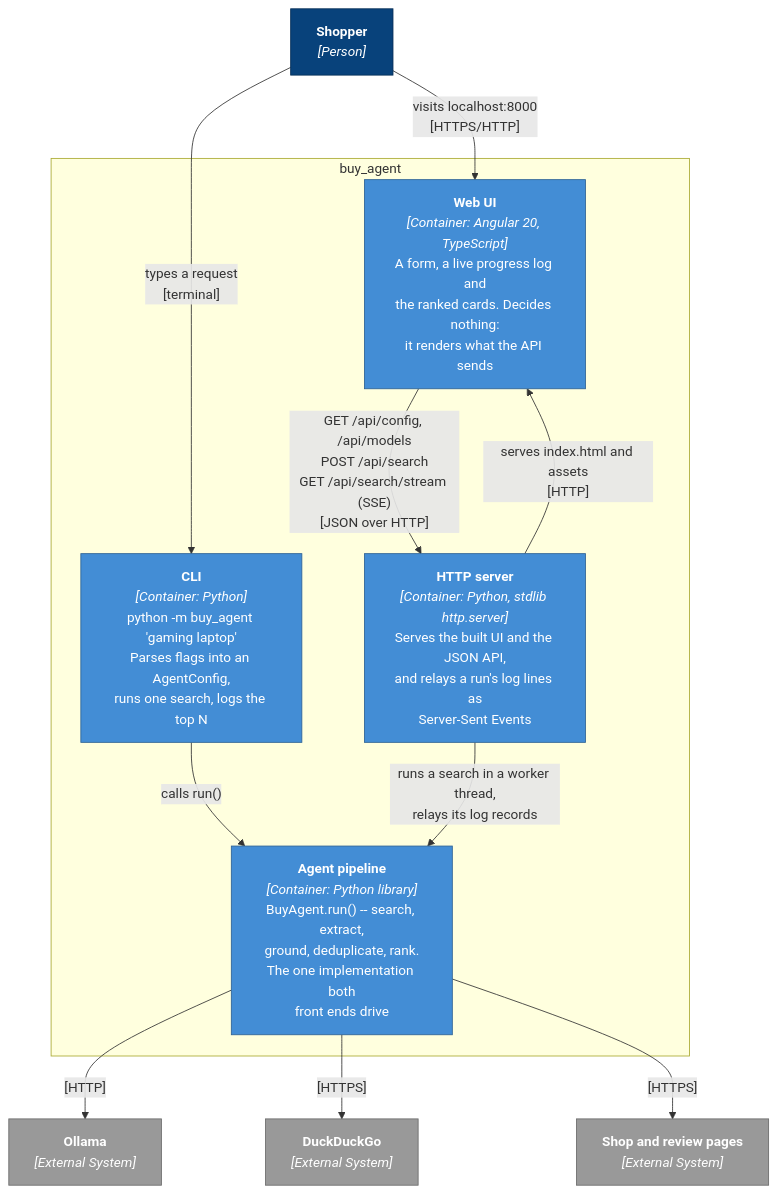
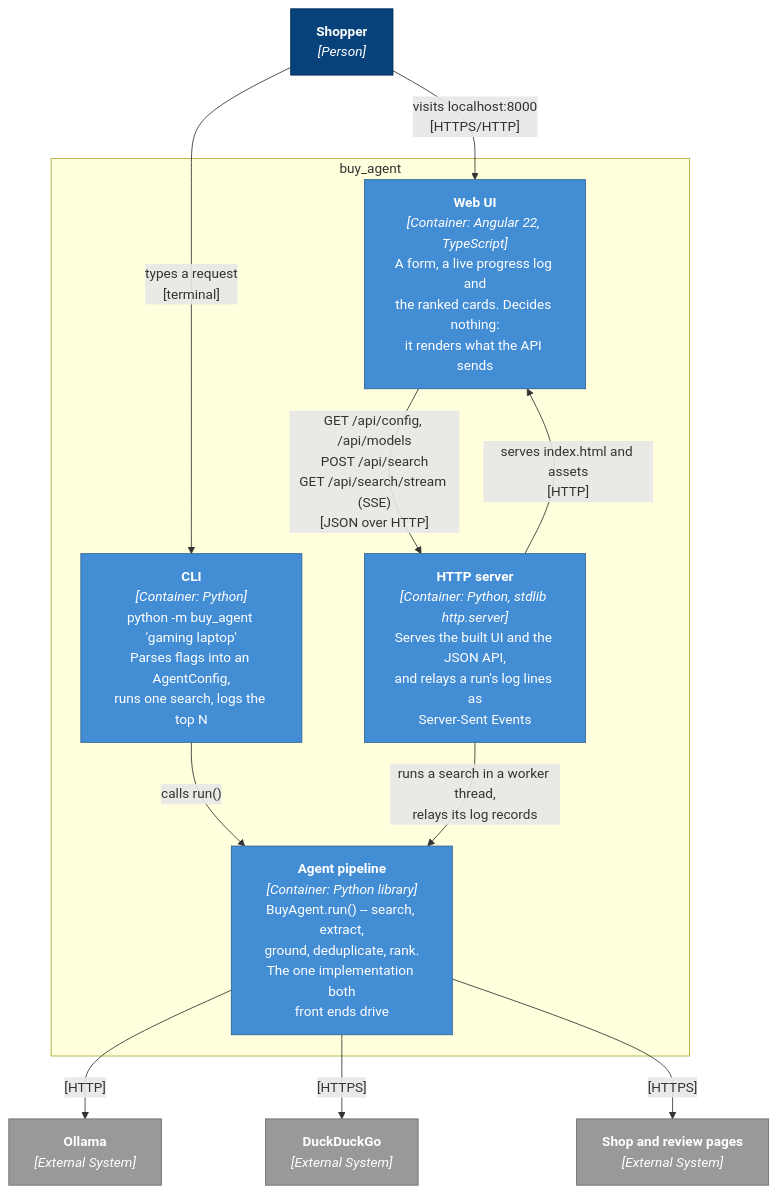
The second of 5 diagrams in docs/architecture.md (adamw7/buy_agent), drawn with Mermaid before and after one commit. The commit also changed 2 other files, not shown here.

First paragraph of the commit message:
Bring CLAUDE.md up to date with the current codebase
Verified the file's claims against the code and the suites, and filled in
the parts a change is most likely to trip over.

````diff
--- a/docs/architecture.md
+++ b/docs/architecture.md
@@ -45,34 +45,34 @@
 ```mermaid
 graph TB
     shopper["<b>Shopper</b><br/><i>[Person]</i>"]
 
     subgraph system["buy_agent"]
         cli["<b>CLI</b><br/><i>[Container: Python]</i><br/>python -m buy_agent 'gaming laptop'<br/>Parses flags into an AgentConfig,<br/>runs one search, logs the top N"]
-        spa["<b>Web UI</b><br/><i>[Container: Angular 20, TypeScript]</i><br/>A form, a live progress log and<br/>the ranked cards. Decides nothing:<br/>it renders what the API sends"]
+        spa["<b>Web UI</b><br/><i>[Container: Angular 22, TypeScript]</i><br/>A form, a live progress log and<br/>the ranked cards. Decides nothing:<br/>it renders what the API sends"]
         server["<b>HTTP server</b><br/><i>[Container: Python, stdlib http.server]</i><br/>Serves the built UI and the JSON API,<br/>and relays a run's log lines as<br/>Server-Sent Events"]
         pipeline["<b>Agent pipeline</b><br/><i>[Container: Python library]</i><br/>BuyAgent.run() -- search, extract,<br/>ground, deduplicate, rank.<br/>The one implementation both<br/>front ends drive"]
     end
 
     ollama["<b>Ollama</b><br/><i>[External System]</i>"]
     ddg["<b>DuckDuckGo</b><br/><i>[External System]</i>"]
     shops["<b>Shop and review pages</b><br/><i>[External System]</i>"]
 
     shopper -->|"types a request<br/>[terminal]"| cli
     shopper -->|"visits localhost:8000<br/>[HTTPS/HTTP]"| spa
 
     spa -->|"GET /api/config, /api/models<br/>POST /api/search<br/>GET /api/search/stream (SSE)<br/>[JSON over HTTP]"| server
     server -->|"serves index.html and assets<br/>[HTTP]"| spa
     cli -->|"calls run()"| pipeline
     server -->|"runs a search in a worker thread,<br/>relays its log records"| pipeline
 
     pipeline -->|"[HTTP]"| ollama
     pipeline -->|"[HTTPS]"| ddg
     pipeline -->|"[HTTPS]"| shops
 
     classDef person fill:#08427b,stroke:#052e56,color:#fff
     classDef container fill:#438dd5,stroke:#2e6295,color:#fff
     classDef external fill:#999,stroke:#6b6b6b,color:#fff
     class shopper person
     class cli,spa,server,pipeline container
     class ollama,ddg,shops external
 ```
````
